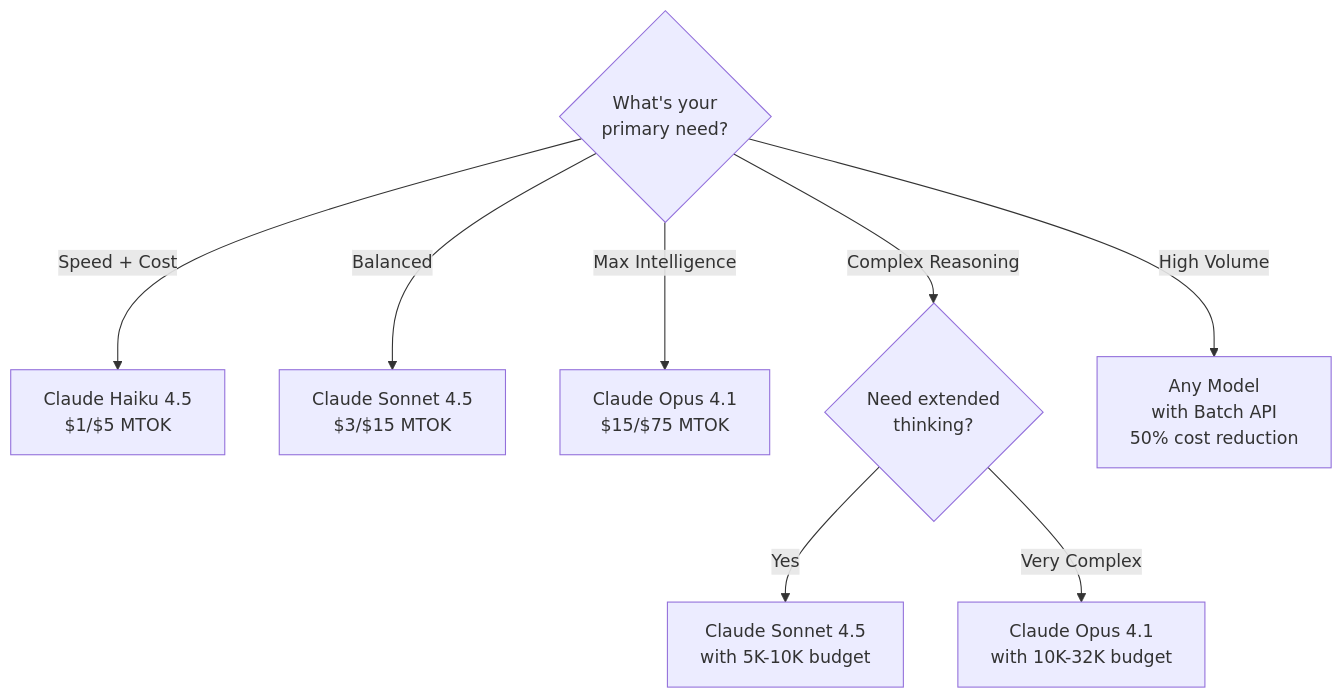
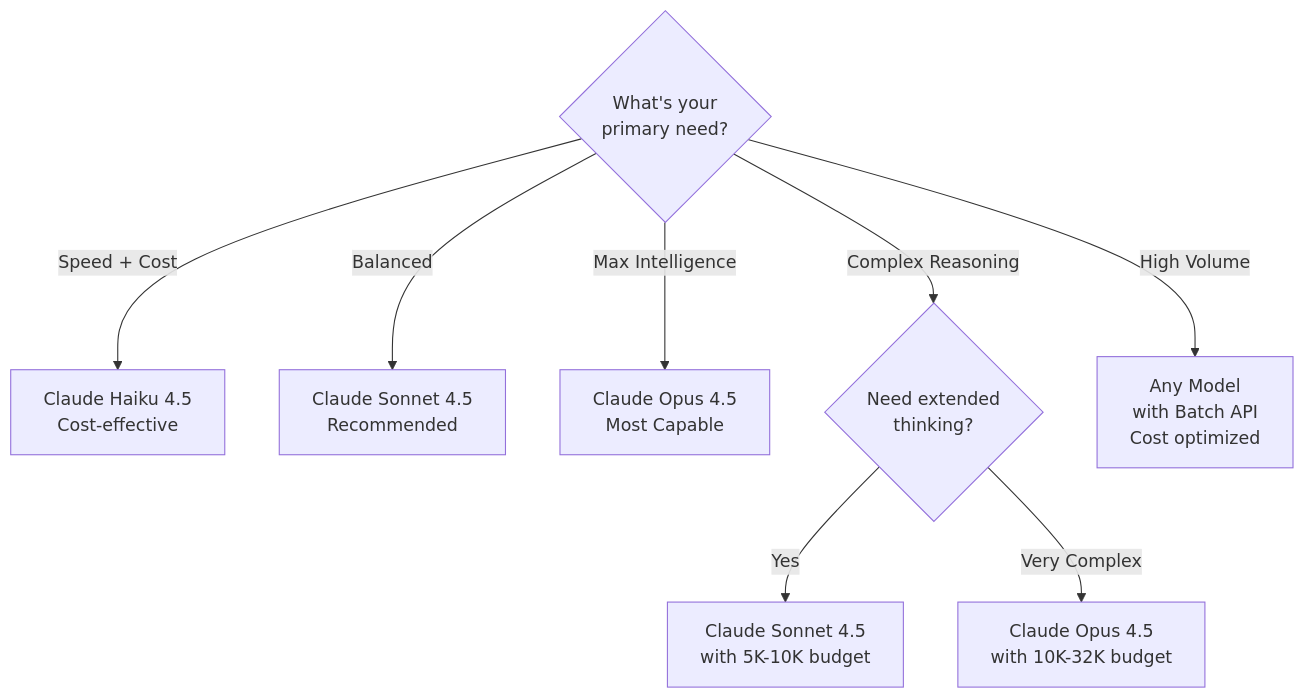
The second of 4 diagrams in docs/01-fundamentals-core-concepts/01-mental-models.md (slava-kudzinau/cc-guide), drawn with Mermaid before and after one commit. The commit also changed other lines of this file and 12 other files, not shown here.

````diff
--- a/docs/01-fundamentals-core-concepts/01-mental-models.md
+++ b/docs/01-fundamentals-core-concepts/01-mental-models.md
@@ -67,14 +70,14 @@
 ```mermaid
 graph TD
     Start{What's your<br/>primary need?}
     
-    Start -->|Speed + Cost| Haiku[Claude Haiku 4.5<br/>$1/$5 MTOK]
-    Start -->|Balanced| Sonnet[Claude Sonnet 4.5<br/>$3/$15 MTOK]
-    Start -->|Max Intelligence| Opus[Claude Opus 4.1<br/>$15/$75 MTOK]
+    Start -->|Speed + Cost| Haiku[Claude Haiku 4.5<br/>Cost-effective]
+    Start -->|Balanced| Sonnet[Claude Sonnet 4.5<br/>Recommended]
+    Start -->|Max Intelligence| Opus[Claude Opus 4.5<br/>Most Capable]
     
     Start -->|Complex Reasoning| Extended{Need extended<br/>thinking?}
     Extended -->|Yes| SonnetExt[Claude Sonnet 4.5<br/>with 5K-10K budget]
-    Extended -->|Very Complex| OpusExt[Claude Opus 4.1<br/>with 10K-32K budget]
+    Extended -->|Very Complex| OpusExt[Claude Opus 4.5<br/>with 10K-32K budget]
     
-    Start -->|High Volume| Batch[Any Model<br/>with Batch API<br/>50% cost reduction]
+    Start -->|High Volume| Batch[Any Model<br/>with Batch API<br/>Cost optimized]
 ```
````
